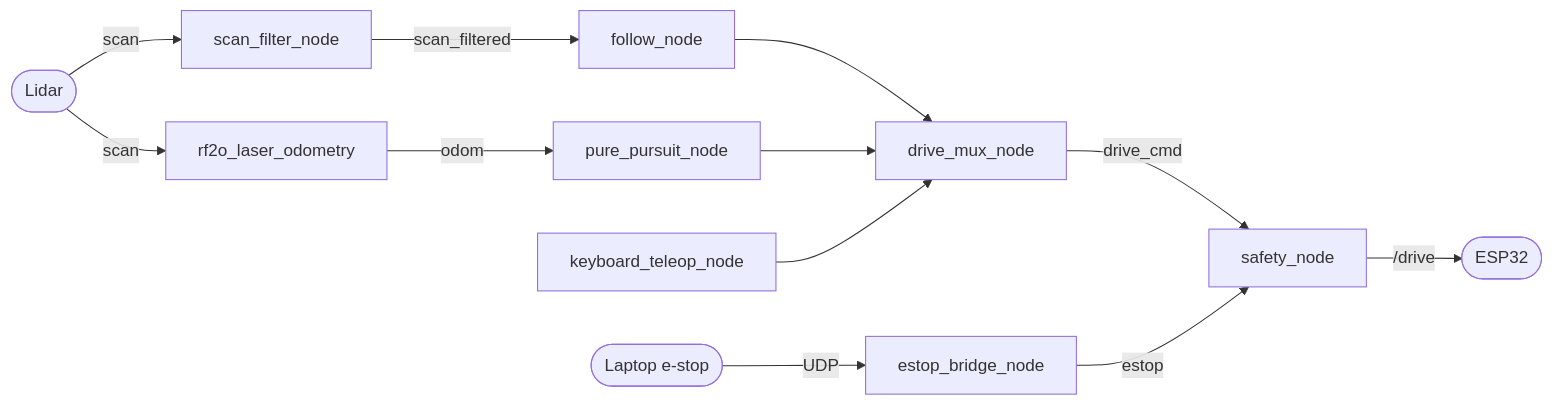
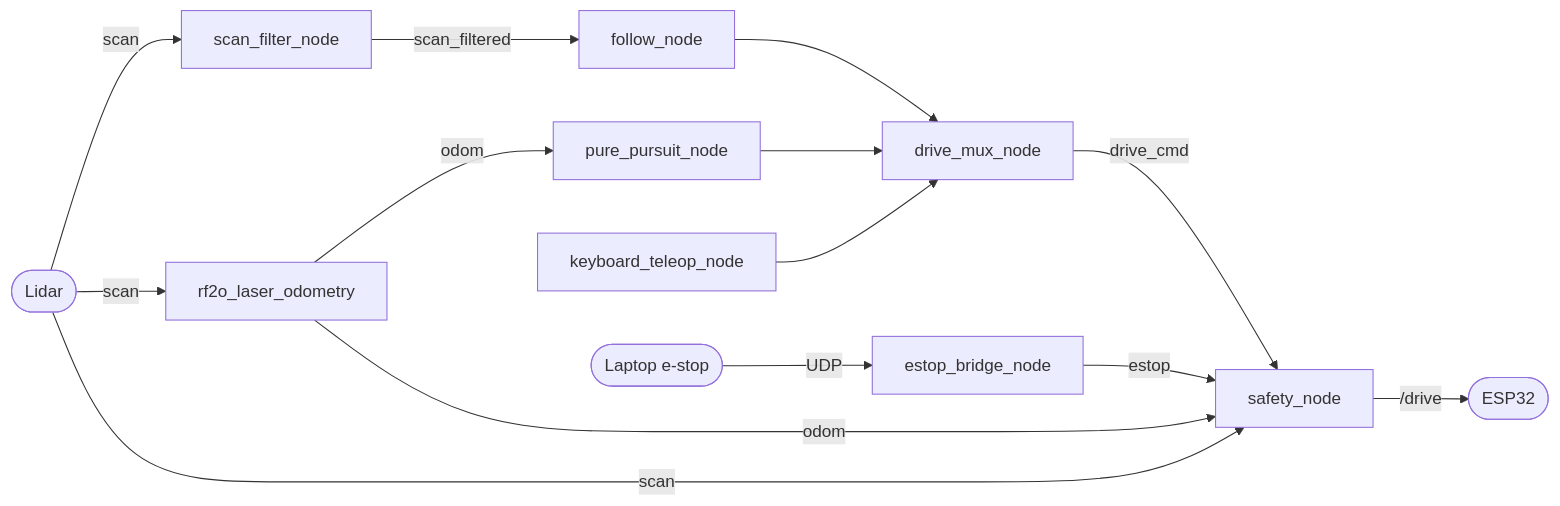
One commit to brownbeardeveloper/autonomous-racing changed the diagram in README.md. Above: the diagram before and after it, drawn with Mermaid. The commit also changed other lines of this file, not shown here.

Commit message:
Show safety_node's scan and odom inputs in the README diagram

````diff
--- a/README.md
+++ b/README.md
@@ -7,14 +7,16 @@
 ```mermaid
 flowchart LR
     lidar([Lidar]) -->|scan| filter[scan_filter_node]
     filter -->|scan_filtered| follow[follow_node]
     lidar -->|scan| rf2o[rf2o_laser_odometry]
     rf2o -->|odom| pursuit[pure_pursuit_node]
     follow --> mux[drive_mux_node]
     pursuit --> mux
     teleop[keyboard_teleop_node] --> mux
     mux -->|drive_cmd| safety[safety_node]
+    lidar -->|scan| safety
+    rf2o -->|odom| safety
     remote([Laptop e-stop]) -->|UDP| bridge[estop_bridge_node]
     bridge -->|estop| safety
     safety -->|"/drive"| esp([ESP32])
 ```
````
